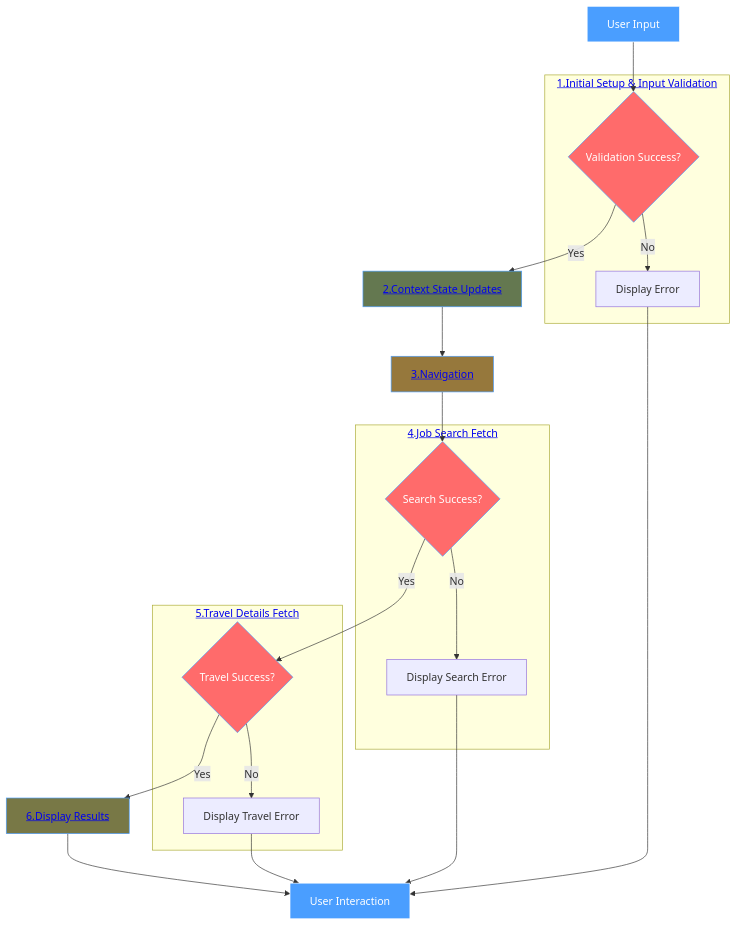
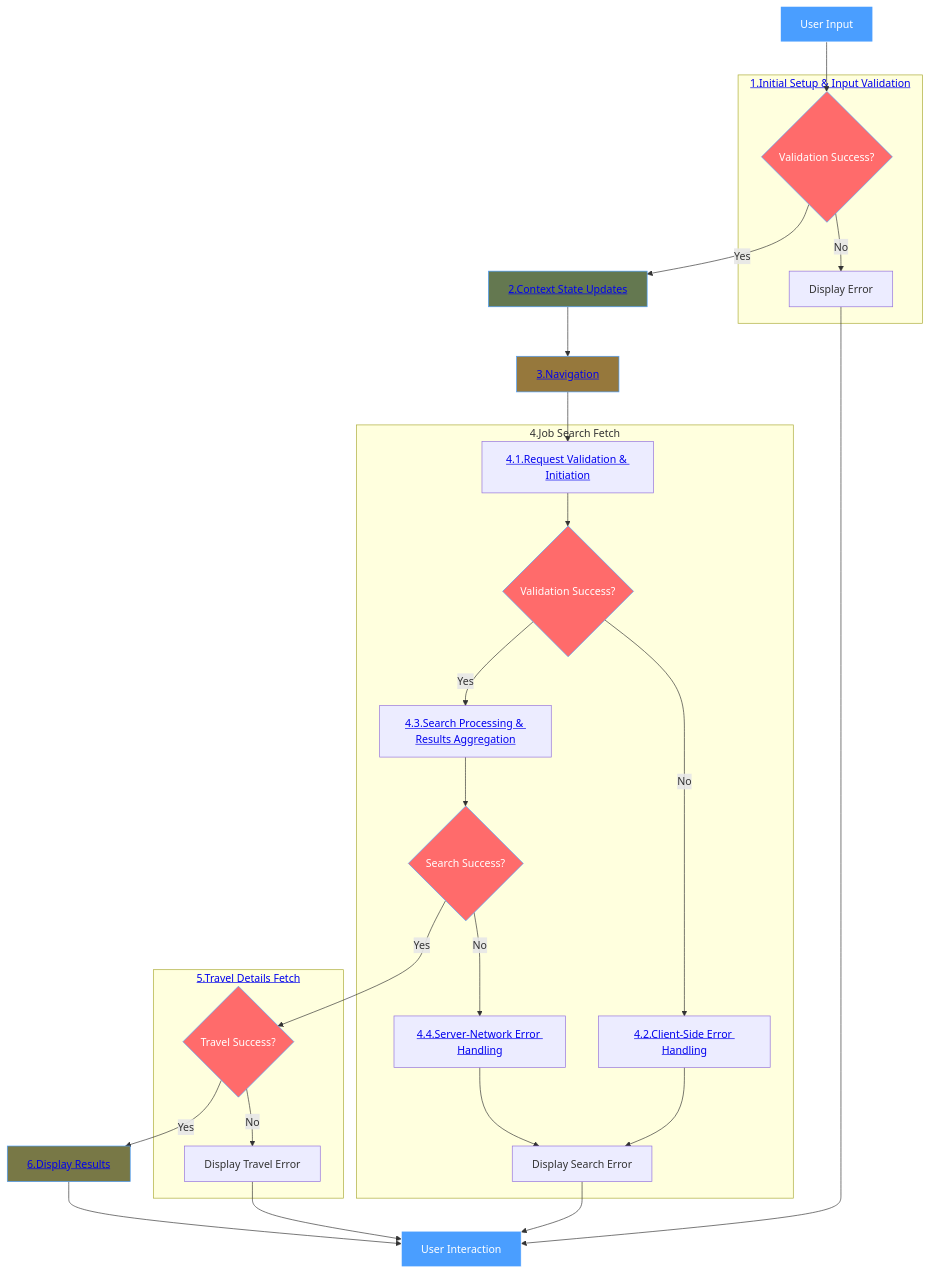
Before and after one commit to YahyaAl-Ademi/2025.10.23-JobCompass: the diagram in documentation/jobFetch/_JobFetchFlowchart.md, drawn with Mermaid.

Commit message:
Refactor jobFetch flowchart: correct error handling paths, update flowchart structure, and enhance clarity of navigation links

````diff
--- a/documentation/jobFetch/_JobFetchFlowchart.md
+++ b/documentation/jobFetch/_JobFetchFlowchart.md
@@ -1,31 +1,38 @@
 ```mermaid
 flowchart TD
     A[User Input] --> B{Validation Success?}
     subgraph Validation["<a href='./1.Initial%20Setup%20&%20Input%20Validation.md'>1.Initial Setup & Input Validation</a>"]
-    B -->|No| J[Display Error]
+    B -->|No| C[Display Error]
     end
-    B -->|Yes| C["<a href='./2.Context%20State%20Updates.md'>2.Context State Updates</a>"]
-    C --> D["<a href='./3.Navigation.md'>3.Navigation</a>"]
-    D --> E{Search Success?}
-    subgraph JobSearch["<a href='./4.Job%20Search%20Fetch.md'>4.Job Search Fetch</a>"]
-    E -->|No| F[Display Search Error]
+    B -->|Yes| D["<a href='./2.Context%20State%20Updates.md'>2.Context State Updates</a>"]
+    D --> E["<a href='./3.Navigation.md'>3.Navigation</a>"]
+    E --> F["<a href='./4.1.Request%20Validation%20&%20Initiation.md'>4.1.Request Validation & Initiation</a>"]
+    subgraph JobSearch[4.Job Search Fetch]
+    F --> G{Validation Success?}
+    G -->|No| H["<a href='./4.2.Client-Side%20Error%20Handling.md'>4.2.Client-Side Error Handling</a>"]
+    H --> I[Display Search Error]
+    L -->|No| J["<a href='./4.4.Server-Network%20Error%20Handling.md'>4.4.Server-Network Error Handling</a>"]
+    J --> I
+    G -->|Yes| K["<a href='./4.3.Search%20Processing%20&%20Results%20Aggregation.md'>4.3.Search Processing & Results Aggregation</a>"]
+    K --> L{Search Success?}
     end
-    E -->|Yes| G{Travel Success?}
+    L -->|Yes| M{Travel Success?}
     subgraph TravelDetails["<a href='./5.Travel%20Details%20Fetch.md'>5.Travel Details Fetch</a>"]
-    G -->|No| H[Display Travel Error]
+    M -->|No| N[Display Travel Error]
     end
-    G -->|Yes| I["<a href='./6.Display%20Results.md'>6.Display Results</a>"]
-    I --> K[User Interaction]
-    F --> K
-    H --> K
-    J --> K
+    M -->|Yes| O["<a href='./6.Display%20Results.md'>6.Display Results</a>"]
+    O --> P[User Interaction]
+    I --> P
+    N --> P
+    C --> P
 
     style A fill:#4a9eff,stroke:#fff,color:#fff
     style B fill:#ff6b6b,stroke:#4a9eff,color:#fff
-    style C fill:#647850,stroke:#4a9eff,color:#fff
-    style D fill:#96783c,stroke:#4a9eff,color:#fff
-    style E fill:#ff6b6b,stroke:#4a9eff,color:#fff
+    style D fill:#647850,stroke:#4a9eff,color:#fff
+    style E fill:#96783c,stroke:#4a9eff,color:#fff
     style G fill:#ff6b6b,stroke:#4a9eff,color:#fff
-    style I fill:#787846,stroke:#4a9eff,color:#fff
-    style K fill:#4a9eff,stroke:#fff,color:#fff
+    style M fill:#ff6b6b,stroke:#4a9eff,color:#fff
+    style O fill:#787846,stroke:#4a9eff,color:#fff
+    style P fill:#4a9eff,stroke:#fff,color:#fff
+    style L fill:#ff6b6b,stroke:#4a9eff,color:#fff
 ```
````
